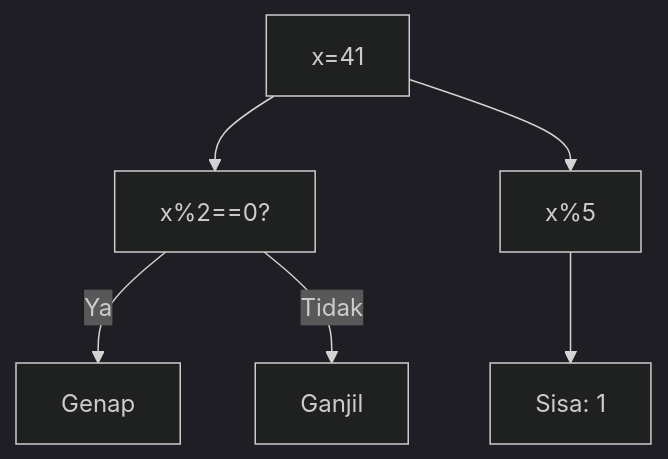
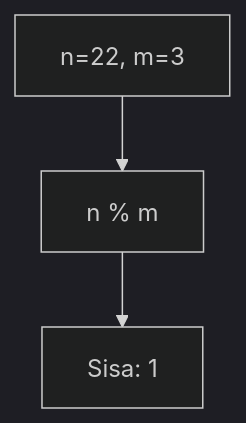
One commit to amnahwaida/OSNK_INF_PREP changed diagram 11 of 25 in part-c-pemahaman-cpp/01-tipe-data/latihan/set-04.md. Above: the diagram before and after it, drawn with Mermaid (dark theme). The commit also changed other lines of this file and 71 other files, not shown here.

````diff
--- a/part-c-pemahaman-cpp/01-tipe-data/latihan/set-04.md
+++ b/part-c-pemahaman-cpp/01-tipe-data/latihan/set-04.md
@@ -237,8 +292,5 @@
 ```mermaid
 graph TD
-A["x=41"] --> B["x%2==0?"]
-B -- Ya --> C["Genap"]
-B -- Tidak --> D["Ganjil"]
-A --> E["x%5"]
-E --> F["Sisa: 1"]
+A["n=22, m=3"] --> B["n % m"]
+B --> C["Sisa: 1"]
 ```
````
